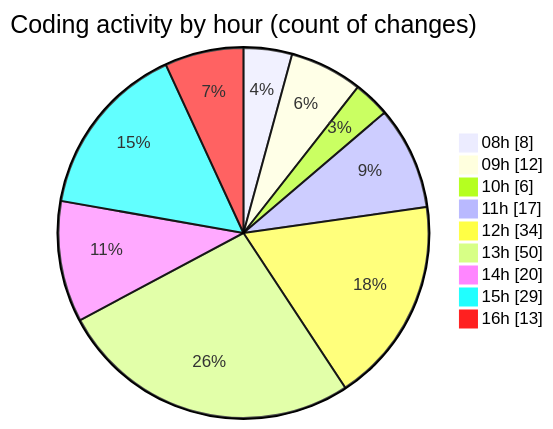
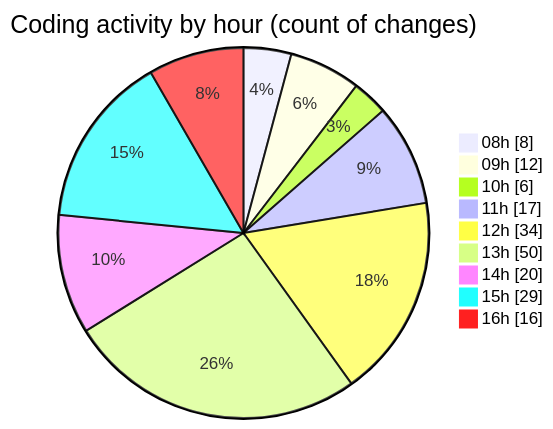
Before and after one commit to momahboobian/code-tracking: the second of 2 diagrams in 2025-09-15/cda/README.md, drawn with Mermaid. The commit also changed other lines of this file and 1 other file, not shown here.

````diff
--- a/2025-09-15/cda/README.md
+++ b/2025-09-15/cda/README.md
@@ -35,13 +35,13 @@
 ```mermaid
 pie showData
 title Coding activity by hour (count of changes)
 "08h" : 8
 "09h" : 12
 "10h" : 6
 "11h" : 17
 "12h" : 34
 "13h" : 50
 "14h" : 20
 "15h" : 29
-"16h" : 13
+"16h" : 16
 ```
````
